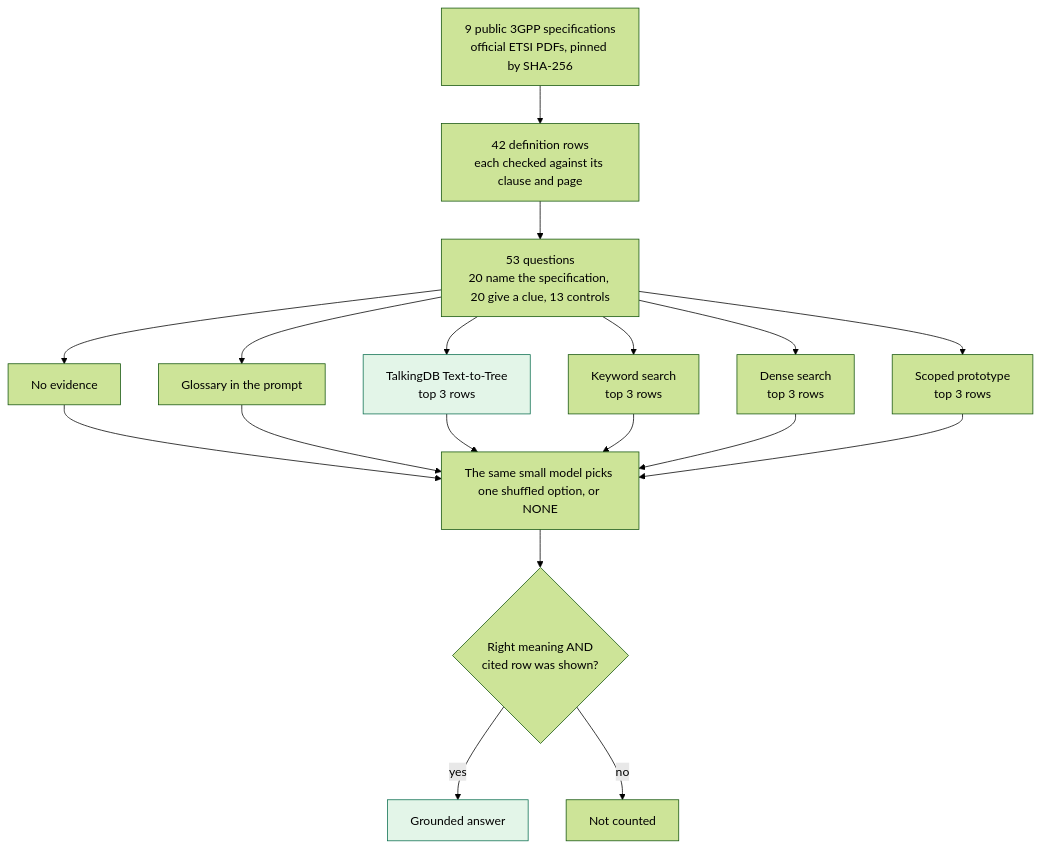
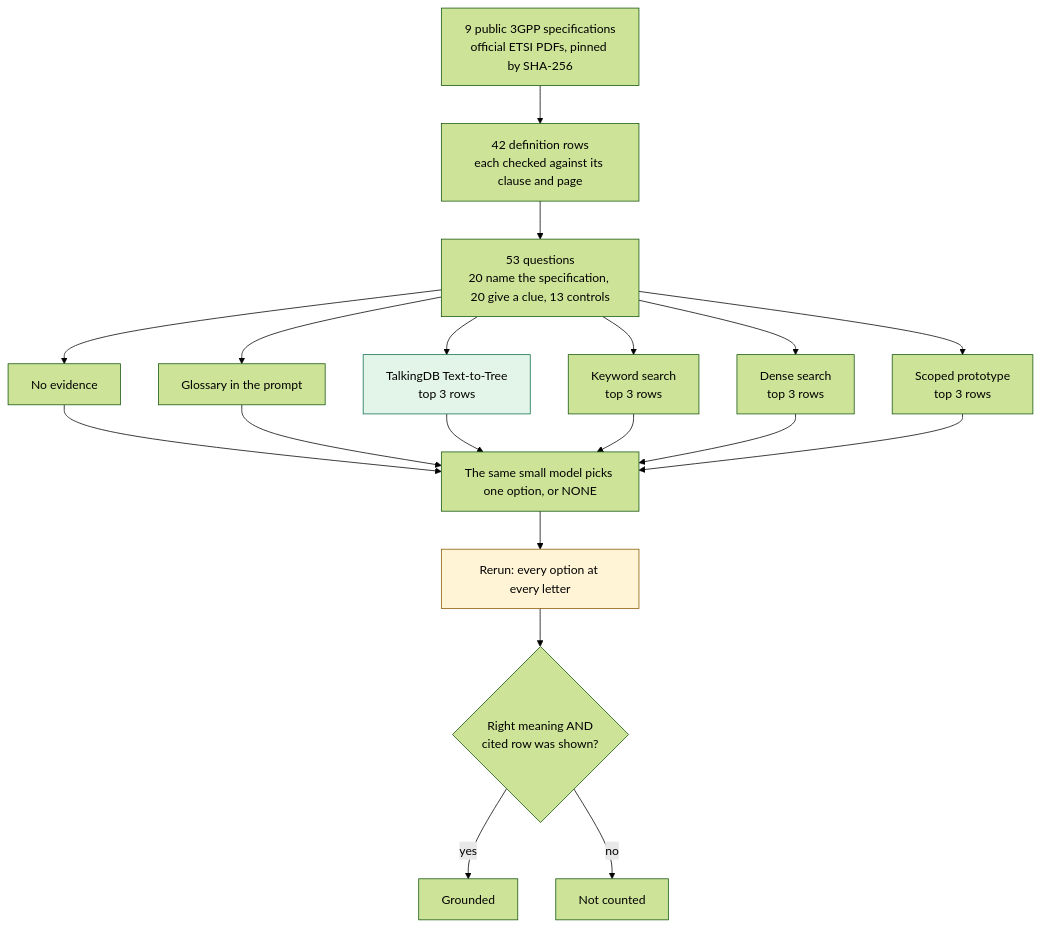
The diagram in telecom-acronyms/README.md (TalkingDB/talkingdb-benchmarks), drawn with Mermaid (forest theme) before and after one commit. The commit also changed other lines of this file and 13 other files, not shown here.

First line of the commit message:
docs(telecom-acronyms): show the letter bias, the rerun and the missed rows, withdraw 11 vs 13

````diff
--- a/telecom-acronyms/README.md
+++ b/telecom-acronyms/README.md
@@ -21,17 +74,18 @@
 ```mermaid
 flowchart TD
     A["9 public 3GPP specifications<br/>official ETSI PDFs, pinned by SHA-256"] --> B["42 definition rows<br/>each checked against its clause and page"]
     B --> C["53 questions<br/>20 name the specification, 20 give a clue, 13 controls"]
     C --> N["No evidence"]
     C --> G["Glossary in the prompt"]
     C --> T["TalkingDB Text-to-Tree<br/>top 3 rows"]
     C --> K["Keyword search<br/>top 3 rows"]
     C --> D["Dense search<br/>top 3 rows"]
     C --> P["Scoped prototype<br/>top 3 rows"]
-    N & G & T & K & D & P --> M["The same small model picks one shuffled option, or NONE"]
-    M --> S{"Right meaning AND<br/>cited row was shown?"}
-    S -- yes --> Y["Grounded answer"]
+    N & G & T & K & D & P --> M["The same small model picks one option, or NONE"]
+    M --> R["Rerun: every option at every letter"]
+    R --> S{"Right meaning AND<br/>cited row was shown?"}
+    S -- yes --> Y["Grounded"]
     S -- no --> X["Not counted"]
     style T fill:#e3f5e8,stroke:#0b6e4f
-    style Y fill:#e3f5e8,stroke:#0b6e4f
+    style R fill:#fff4d6,stroke:#8a5a00
 ```
````
